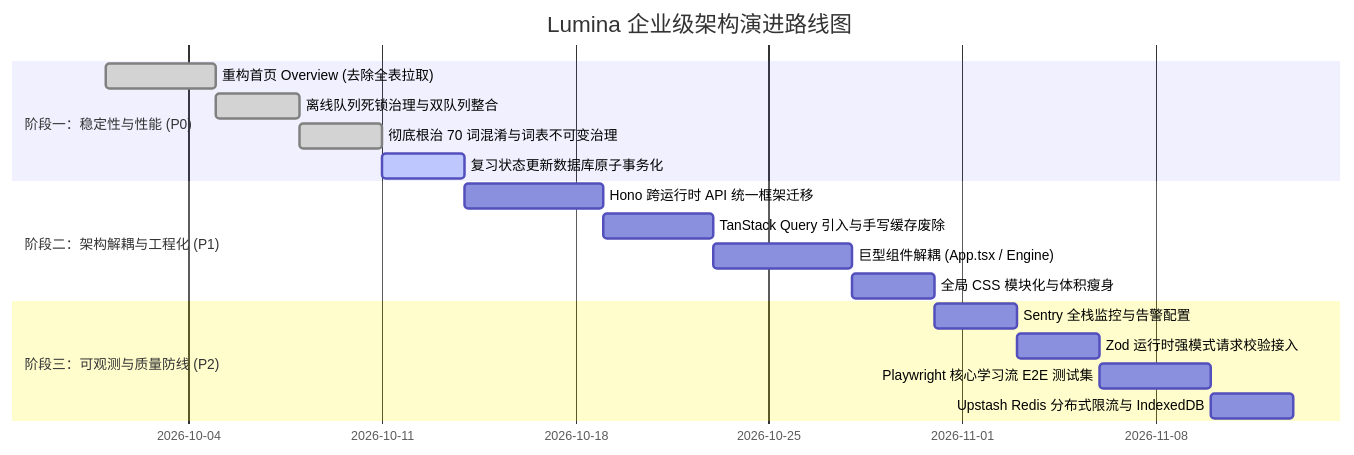
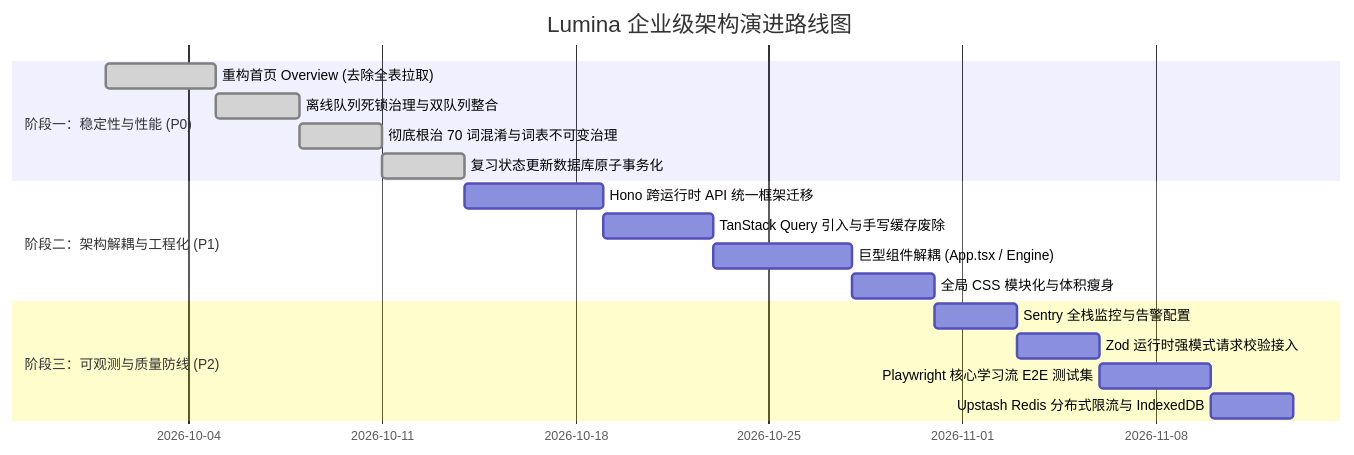
One commit to ZhangJunQiu-Alan/Lumina changed the diagram in docs/enterprise-refactoring-roadmap.md. Above: the diagram before and after it, drawn with Mermaid. The commit also changed other lines of this file and 10 other files, not shown here.

````diff
--- a/docs/enterprise-refactoring-roadmap.md
+++ b/docs/enterprise-refactoring-roadmap.md
@@ -573,22 +510,22 @@
 ```mermaid
 gantt
     title Lumina 企业级架构演进路线图
     dateFormat  YYYY-MM-DD
     section 阶段一：稳定性与性能 (P0)
     重构首页 Overview (去除全表拉取)     :done, p1_1, 2026-10-01, 4d
     离线队列死锁治理与双队列整合        :done, p1_2, 2026-10-05, 3d
     彻底根治 70 词混淆与词表不可变治理  :done, p1_3, 2026-10-08, 3d
-    复习状态更新数据库原子事务化        :active, p1_4, 2026-10-11, 3d
+    复习状态更新数据库原子事务化        :done, p1_4, 2026-10-11, 3d
     
     section 阶段二：架构解耦与工程化 (P1)
     Hono 跨运行时 API 统一框架迁移      :p2_1, 2026-10-14, 5d
     TanStack Query 引入与手写缓存废除   :p2_2, 2026-10-19, 4d
     巨型组件解耦 (App.tsx / Engine)    :p2_3, 2026-10-23, 5d
     全局 CSS 模块化与体积瘦身          :p2_4, 2026-10-28, 3d
 
     section 阶段三：可观测与质量防线 (P2)
     Sentry 全栈监控与告警配置          :p3_1, 2026-10-31, 3d
     Zod 运行时强模式请求校验接入        :p3_2, 2026-11-03, 3d
     Playwright 核心学习流 E2E 测试集    :p3_3, 2026-11-06, 4d
     Upstash Redis 分布式限流与 IndexedDB:p3_4, 2026-11-10, 3d
 ```
````
